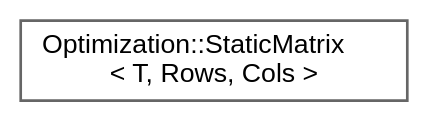
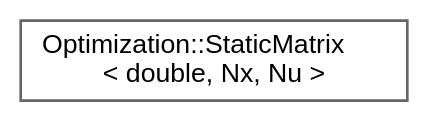
Before and after one commit to jswoo0615/Algorithms_for_Optimization_cpp: the diagram in inherit_graph_72.dot, drawn with Graphviz. The commit also changed 109 other files, not shown here.

```diff
--- a/inherit_graph_72.dot
+++ b/inherit_graph_72.dot
@@ -1,9 +1,9 @@
 digraph "Graphical Class Hierarchy"
 {
  // LATEX_PDF_SIZE
   bgcolor="transparent";
   edge [fontname=Helvetica,fontsize=10,labelfontname=Helvetica,labelfontsize=10];
   node [fontname=Helvetica,fontsize=10,shape=box,height=0.2,width=0.4];
   rankdir="LR";
-  Node0 [id="Node000000",label="Optimization::StaticMatrix\l\< T, Rows, Cols \>",height=0.2,width=0.4,color="grey40", fillcolor="white", style="filled",URL="$classOptimization_1_1StaticMatrix.html",tooltip="전방 선언 (Forward Declaration)"];
+  Node0 [id="Node000000",label="Optimization::StaticMatrix\l\< double, Nx, Nu \>",height=0.2,width=0.4,color="grey40", fillcolor="white", style="filled",URL="$classOptimization_1_1StaticMatrix.html",tooltip=" "];
 }
```
